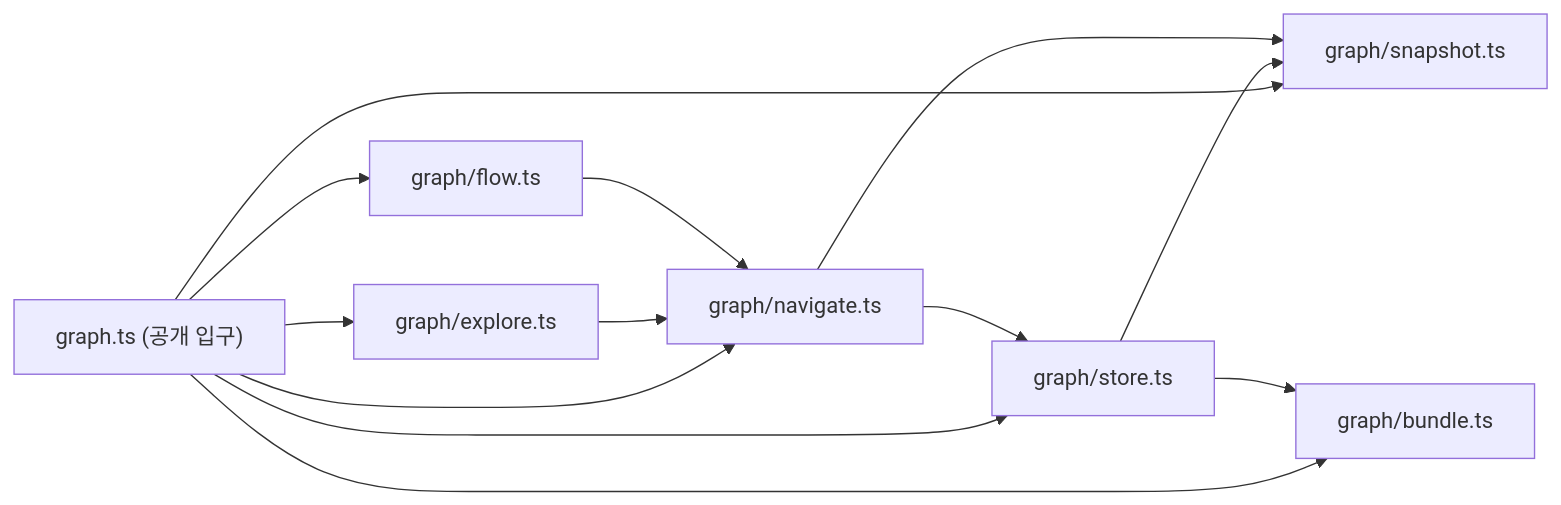
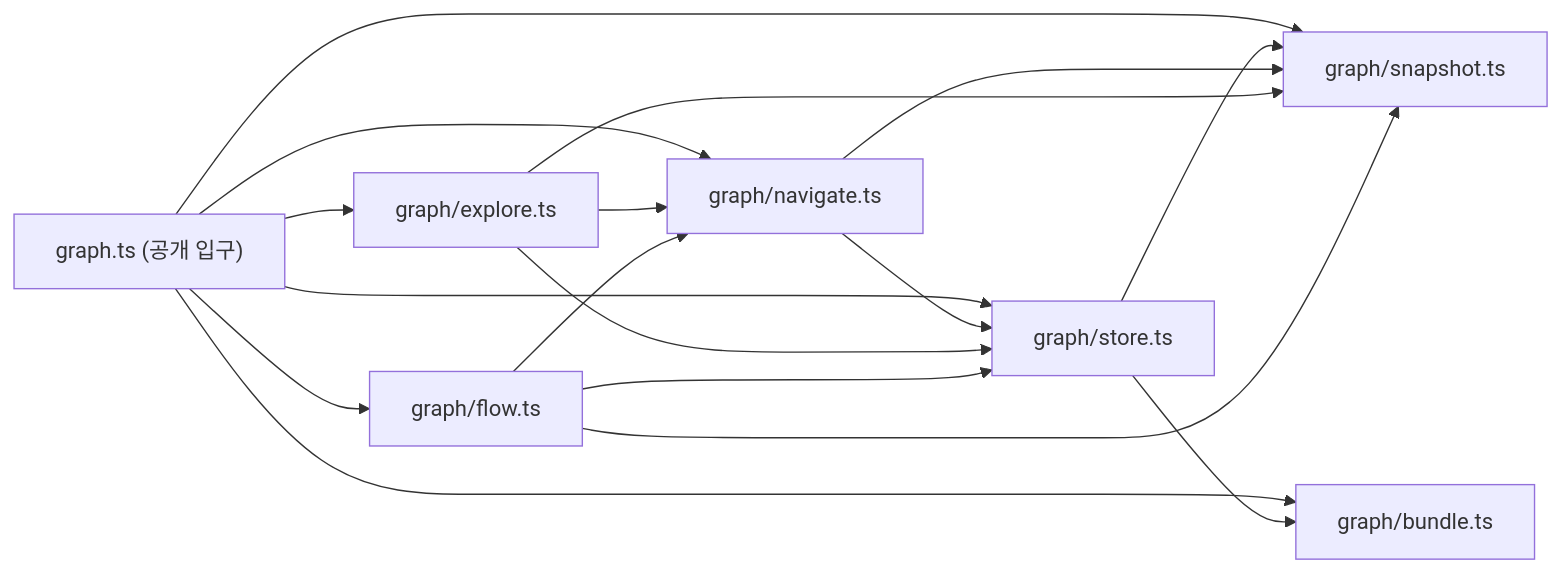
The fourth of 5 diagrams in docs/구현도.md (ESeungJun/droidlens), drawn with Mermaid before and after one commit. The commit also changed other lines of this file and 7 other files, not shown here.

````diff
--- a/docs/구현도.md
+++ b/docs/구현도.md
@@ -137,10 +137,10 @@
 ```mermaid
 flowchart LR
   BAR["graph.ts (공개 입구)"] --> S & B & ST & N & E & F
   S["graph/snapshot.ts"]
   B["graph/bundle.ts"]
   ST["graph/store.ts"] --> S & B
   N["graph/navigate.ts"] --> S & ST
-  E["graph/explore.ts"] --> N
-  F["graph/flow.ts"] --> N
+  E["graph/explore.ts"] --> N & S & ST
+  F["graph/flow.ts"] --> N & S & ST
 ```
````
